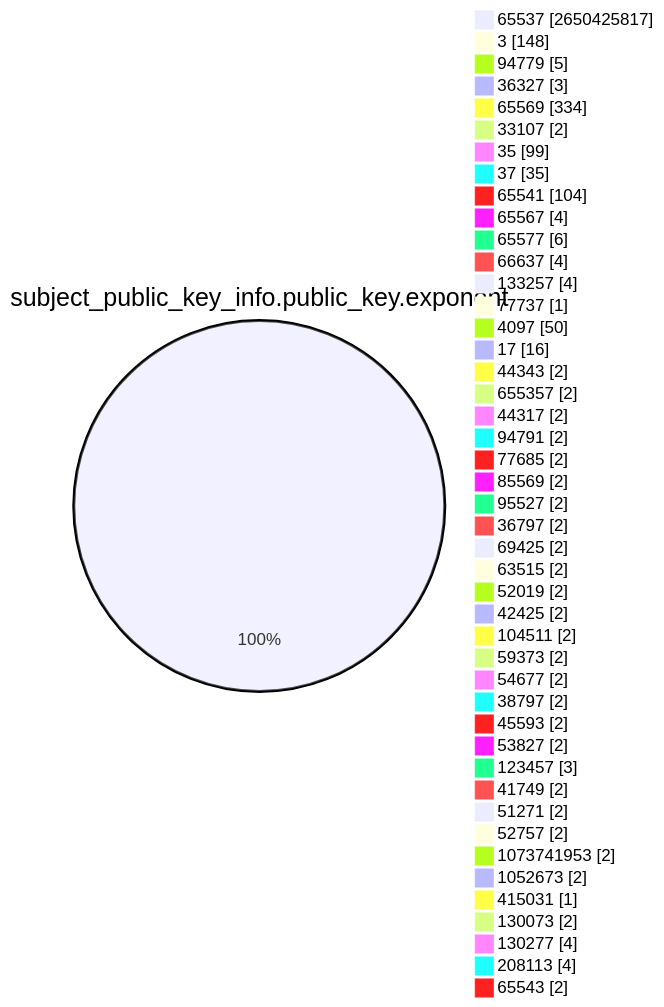
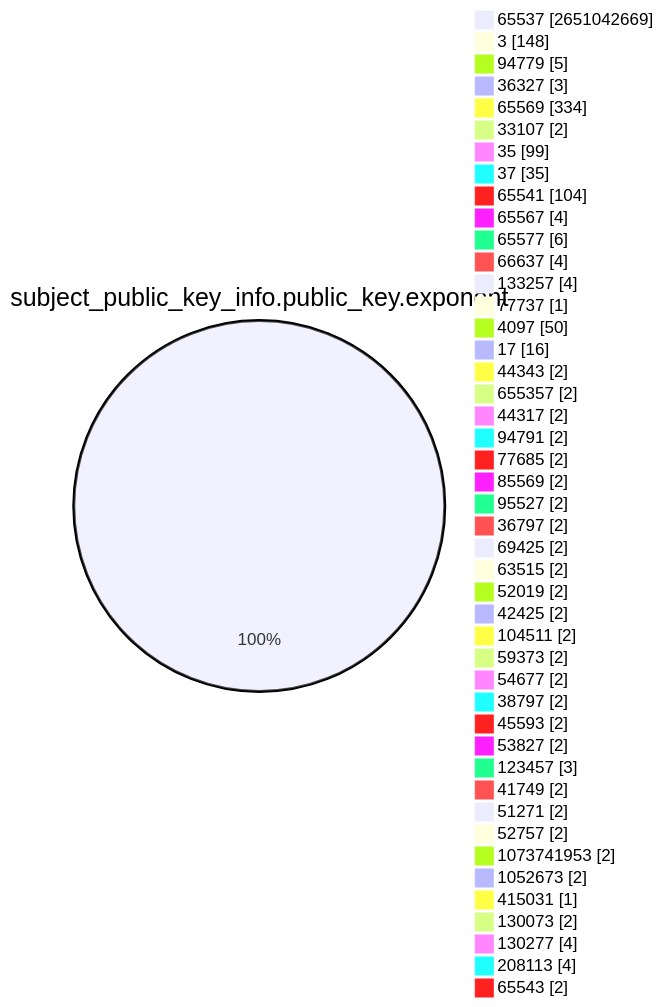
The fourth of 15 diagrams in TOTAL/README.md (christiankrug/ctmonitor_visualization), drawn with Mermaid before and after one commit. The commit also changed other lines of this file, not shown here.

````diff
--- a/TOTAL/README.md
+++ b/TOTAL/README.md
@@ -1467,49 +1467,49 @@
 ```mermaid
 pie showData
 title subject_public_key_info.public_key.exponent
-"65537" :2650425817
+"65537" :2651042669
 "3" :148
 "94779" :5
 "36327" :3
 "65569" :334
 "33107" :2
 "35" :99
 "37" :35
 "65541" :104
 "65567" :4
 "65577" :6
 "66637" :4
 "133257" :4
 "77737" :1
 "4097" :50
 "17" :16
 "44343" :2
 "655357" :2
 "44317" :2
 "94791" :2
 "77685" :2
 "85569" :2
 "95527" :2
 "36797" :2
 "69425" :2
 "63515" :2
 "52019" :2
 "42425" :2
 "104511" :2
 "59373" :2
 "54677" :2
 "38797" :2
 "45593" :2
 "53827" :2
 "123457" :3
 "41749" :2
 "51271" :2
 "52757" :2
 "1073741953" :2
 "1052673" :2
 "415031" :1
 "130073" :2
 "130277" :4
 "208113" :4
 "65543" :2
 ```
````
